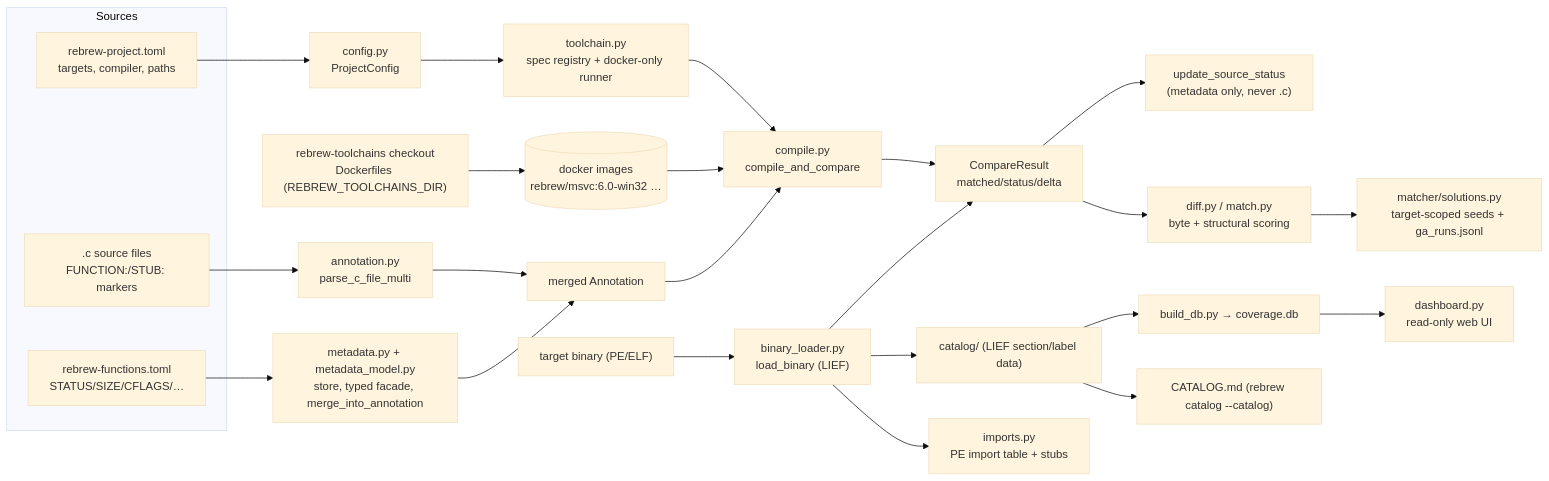
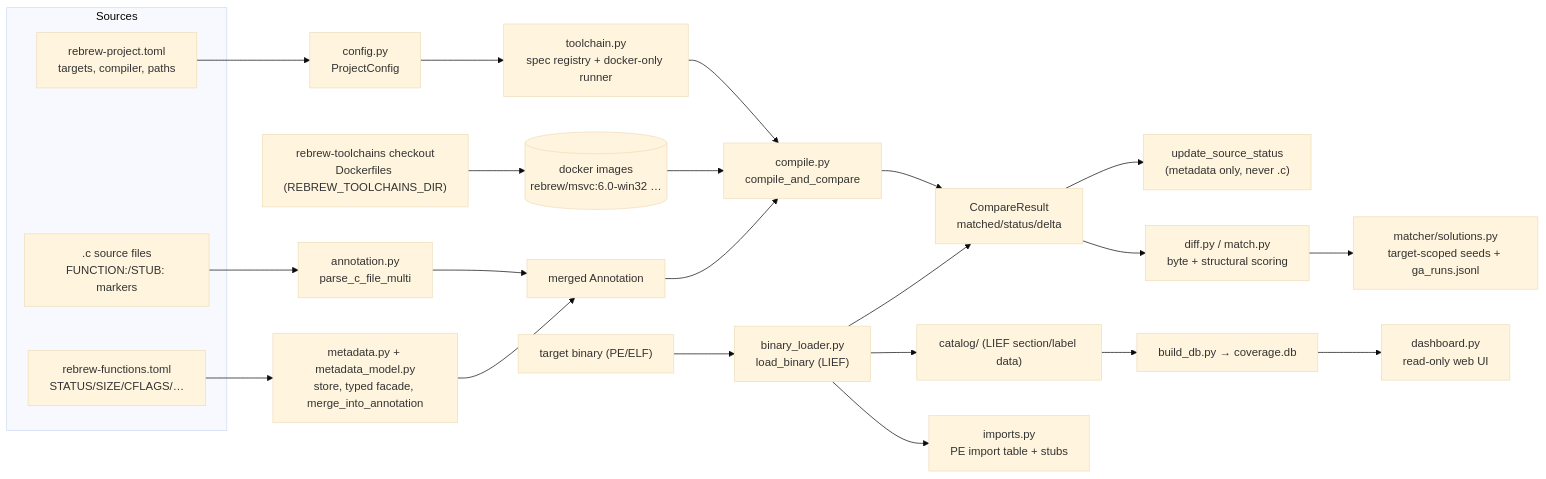
One commit to maci0/rebrew changed the diagram in docs/ARCHITECTURE.md. Above: the diagram before and after it, drawn with Mermaid (base theme). The commit also changed 14 other files, not shown here.

````diff
--- a/docs/ARCHITECTURE.md
+++ b/docs/ARCHITECTURE.md
@@ -27,36 +27,35 @@
 ```mermaid
 flowchart LR
     subgraph Sources
         C[".c source files<br/>FUNCTION:/STUB: markers"]
         TOML["rebrew-project.toml<br/>targets, compiler, paths"]
         META["rebrew-functions.toml<br/>STATUS/SIZE/CFLAGS/…"]
     end
 
     C --> ANNOT["annotation.py<br/>parse_c_file_multi"]
     META --> FACADE["metadata.py + metadata_model.py<br/>store, typed facade, merge_into_annotation"]
     TOML --> CFG["config.py<br/>ProjectConfig"]
 
     ANNOT --> MERGED["merged Annotation"]
     FACADE --> MERGED
 
     CFG --> TOOLCHAIN["toolchain.py<br/>spec registry + docker-only runner"]
     RT["rebrew-toolchains checkout<br/>Dockerfiles (REBREW_TOOLCHAINS_DIR)"] --> IMG[("docker images<br/>rebrew/msvc:6.0-win32 …")]
     TOOLCHAIN --> COMPILE["compile.py<br/>compile_and_compare"]
     IMG --> COMPILE
 
     BIN["target binary (PE/ELF)"] --> LOAD["binary_loader.py<br/>load_binary (LIEF)"]
     MERGED --> COMPILE
     COMPILE --> CMP["CompareResult<br/>matched/status/delta"]
     LOAD --> CMP
 
     CMP --> STATUS["update_source_status<br/>(metadata only, never .c)"]
     CMP --> DIFF["diff.py / match.py<br/>byte + structural scoring"]
 
     LOAD --> CATALOG["catalog/ (LIEF section/label data)"]
     CATALOG --> DB["build_db.py → coverage.db"]
-    CATALOG --> CATMD["CATALOG.md (rebrew catalog --catalog)"]
     DB --> DASH["dashboard.py<br/>read-only web UI"]
 
     LOAD --> IMPORTS["imports.py<br/>PE import table + stubs"]
     DIFF --> SOL["matcher/solutions.py<br/>target-scoped seeds + ga_runs.jsonl"]
 ```
````
